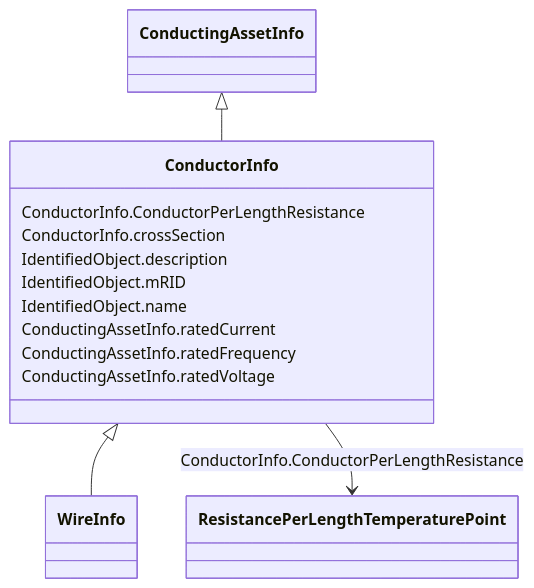
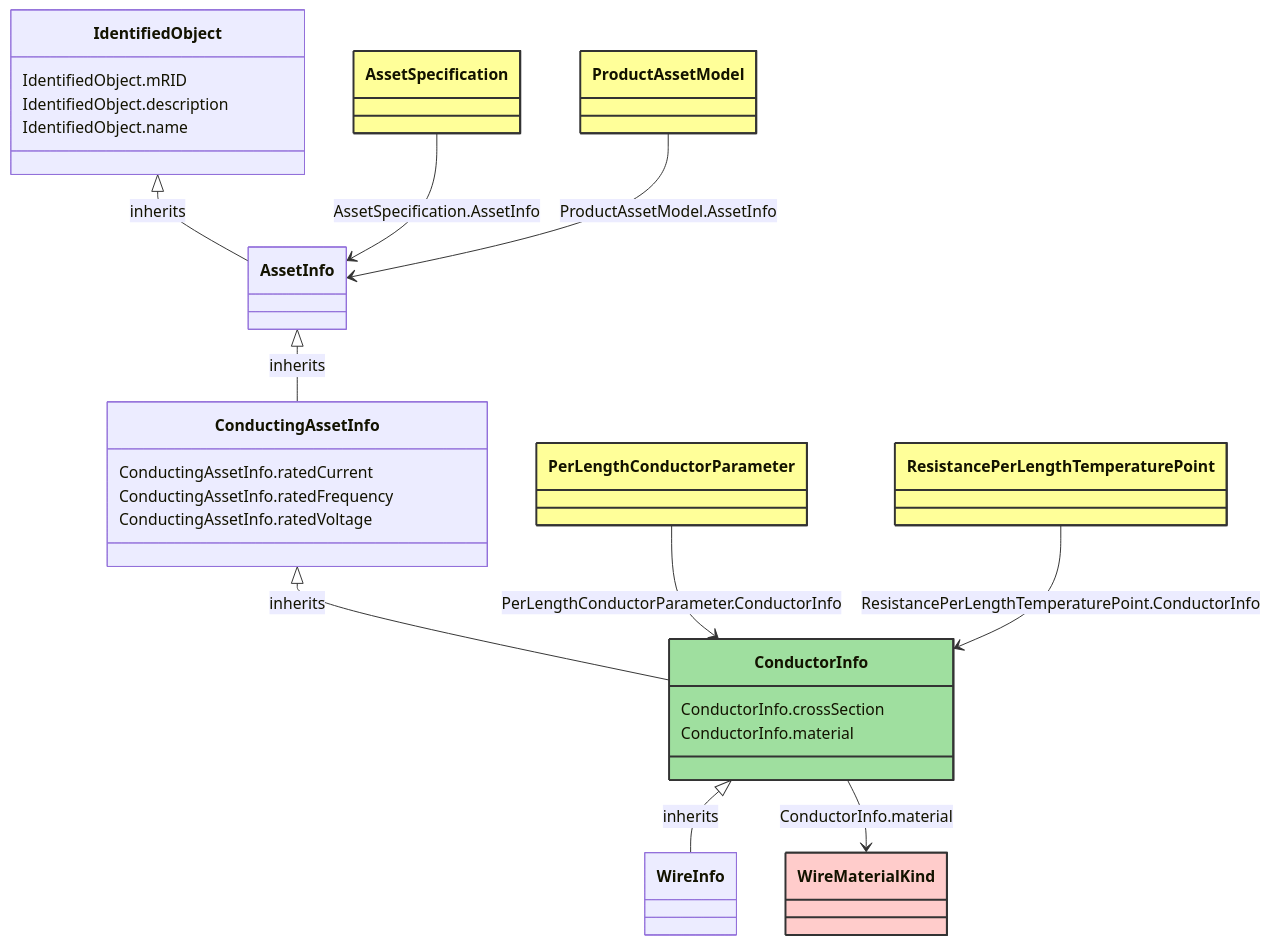
Before and after one commit to 3lbits/NoCIMExtensions: the diagram in docs/SubseaCableInfo/ConductorInfo.md, drawn with Mermaid. The commit also changed other lines of this file and 212 other files, not shown here.

````diff
--- a/docs/SubseaCableInfo/ConductorInfo.md
+++ b/docs/SubseaCableInfo/ConductorInfo.md
@@ -18,33 +10,66 @@
 ```mermaid
- classDiagram
+classDiagram
     class ConductorInfo
     click ConductorInfo href "../ConductorInfo"
-      ConductingAssetInfo <|-- ConductorInfo
-        click ConductingAssetInfo href "../ConductingAssetInfo"
-      
+    style ConductorInfo fill:#9fdf9f,stroke:#333,stroke-width:2px,rx:10,ry:10
 
-      ConductorInfo <|-- WireInfo
-        click WireInfo href "../WireInfo"
-      
-      
-      ConductorInfo : ConductorInfo.ConductorPerLengthResistance
-        
-          ConductorInfo --> ResistancePerLengthTemperaturePoint : ConductorInfo.ConductorPerLengthResistance
-          click ResistancePerLengthTemperaturePoint href "../ResistancePerLengthTemperaturePoint"
-        
-      ConductorInfo : ConductorInfo.crossSection
-        
-      ConductorInfo : IdentifiedObject.description
-        
-      ConductorInfo : IdentifiedObject.mRID
-        
-      ConductorInfo : IdentifiedObject.name
-        
-      ConductorInfo : ConductingAssetInfo.ratedCurrent
-        
-      ConductorInfo : ConductingAssetInfo.ratedFrequency
-        
-      ConductorInfo : ConductingAssetInfo.ratedVoltage
-        
-      
+        ConductorInfo <|-- WireInfo : inherits
+            click ConductorInfo href "../ConductorInfo"
+            style ConductorInfo rx:10,ry:10
+
+        WireInfo
+            click WireInfo href "../WireInfo"
+            style WireInfo rx:10,ry:10
+
+        ConductingAssetInfo <|-- ConductorInfo : inherits
+            click ConductingAssetInfo href "../ConductingAssetInfo"
+            style ConductingAssetInfo rx:10,ry:10
+
+        AssetInfo <|-- ConductingAssetInfo : inherits
+            click AssetInfo href "../AssetInfo"
+            style AssetInfo rx:10,ry:10
+
+        IdentifiedObject <|-- AssetInfo : inherits
+            click IdentifiedObject href "../IdentifiedObject"
+            style IdentifiedObject rx:10,ry:10
+
+
+        AssetSpecification --> AssetInfo : AssetSpecification.AssetInfo
+
+        AssetSpecification
+            click AssetSpecification href "../AssetSpecification"
+            style AssetSpecification fill:#ffff99,stroke:#333,stroke-width:2px,rx:10,ry:10
+
+        PerLengthConductorParameter --> ConductorInfo : PerLengthConductorParameter.ConductorInfo
+
+        PerLengthConductorParameter
+            click PerLengthConductorParameter href "../PerLengthConductorParameter"
+            style PerLengthConductorParameter fill:#ffff99,stroke:#333,stroke-width:2px,rx:10,ry:10
+
+        ProductAssetModel --> AssetInfo : ProductAssetModel.AssetInfo
+
+        ProductAssetModel
+            click ProductAssetModel href "../ProductAssetModel"
+            style ProductAssetModel fill:#ffff99,stroke:#333,stroke-width:2px,rx:10,ry:10
+
+        ResistancePerLengthTemperaturePoint --> ConductorInfo : ResistancePerLengthTemperaturePoint.ConductorInfo
+
+        ResistancePerLengthTemperaturePoint
+            click ResistancePerLengthTemperaturePoint href "../ResistancePerLengthTemperaturePoint"
+            style ResistancePerLengthTemperaturePoint fill:#ffff99,stroke:#333,stroke-width:2px,rx:10,ry:10
+
+        ConductorInfo --> WireMaterialKind : ConductorInfo.material
+
+        WireMaterialKind
+            click WireMaterialKind href "../WireMaterialKind"
+            style WireMaterialKind fill:#FFCCCB,stroke:#333,stroke-width:2px,rx:10,ry:10
+
+        ConductorInfo : ConductorInfo.crossSection
+        ConductorInfo : ConductorInfo.material
+        ConductingAssetInfo : ConductingAssetInfo.ratedCurrent
+        ConductingAssetInfo : ConductingAssetInfo.ratedFrequency
+        ConductingAssetInfo : ConductingAssetInfo.ratedVoltage
+        IdentifiedObject : IdentifiedObject.mRID
+        IdentifiedObject : IdentifiedObject.description
+        IdentifiedObject : IdentifiedObject.name
 ```
````
